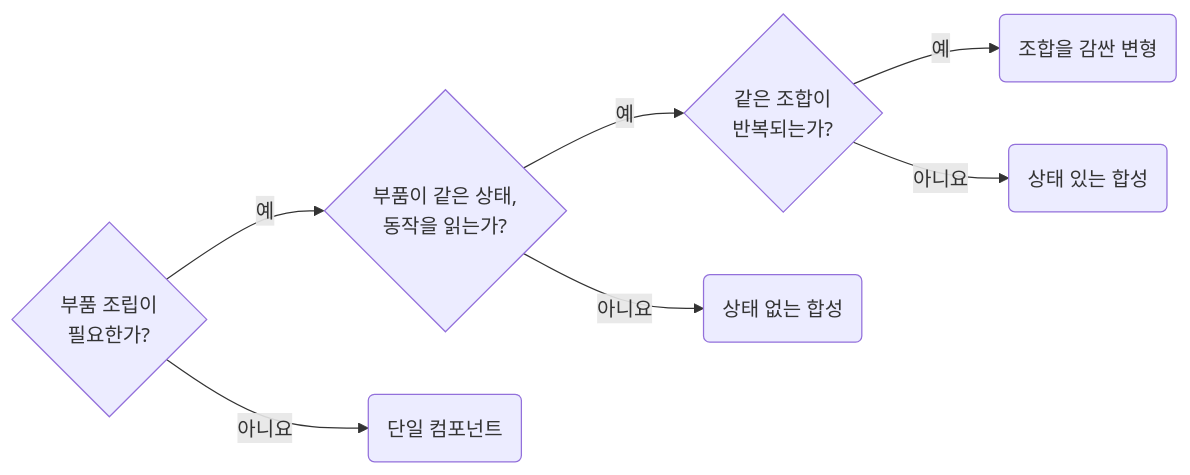
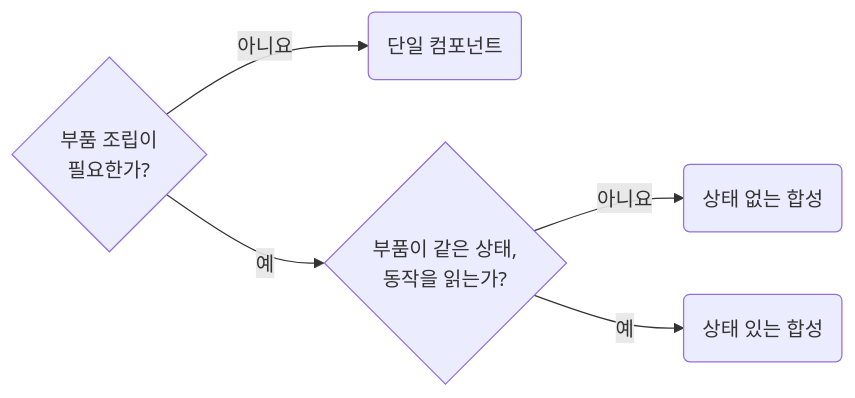
One commit to nomeehej/agent-conventions changed the diagram in skill/react/contracts/strategy-choose-single-composition-compound-and-variants.md. Above: the diagram before and after it, drawn with Mermaid. The commit also changed other lines of this file and 108 other files, not shown here.

````diff
--- a/skill/react/contracts/strategy-choose-single-composition-compound-and-variants.md
+++ b/skill/react/contracts/strategy-choose-single-composition-compound-and-variants.md
@@ -7,7 +7,6 @@
 ```mermaid
 flowchart LR
-	q1{"부품 조립이<br>필요한가?"} -- 예 --> q2{"부품이 같은 상태,<br>동작을 읽는가?"} -- 예 --> q3{"같은 조합이<br>반복되는가?"} -- 예 --> r4("조합을 감싼 변형")
-	q1 -- 아니요 --> r1("단일 컴포넌트")
-	q2 -- 아니요 --> r2("상태 없는 합성")
-	q3 -- 아니요 --> r3("상태 있는 합성")
+	q1{"부품 조립이<br>필요한가?"} -- 아니요 --> r1("단일 컴포넌트")
+	q1 -- 예 --> q2{"부품이 같은 상태,<br>동작을 읽는가?"} -- 아니요 --> r2("상태 없는 합성")
+	q2 -- 예 --> r3("상태 있는 합성")
 ```
````
